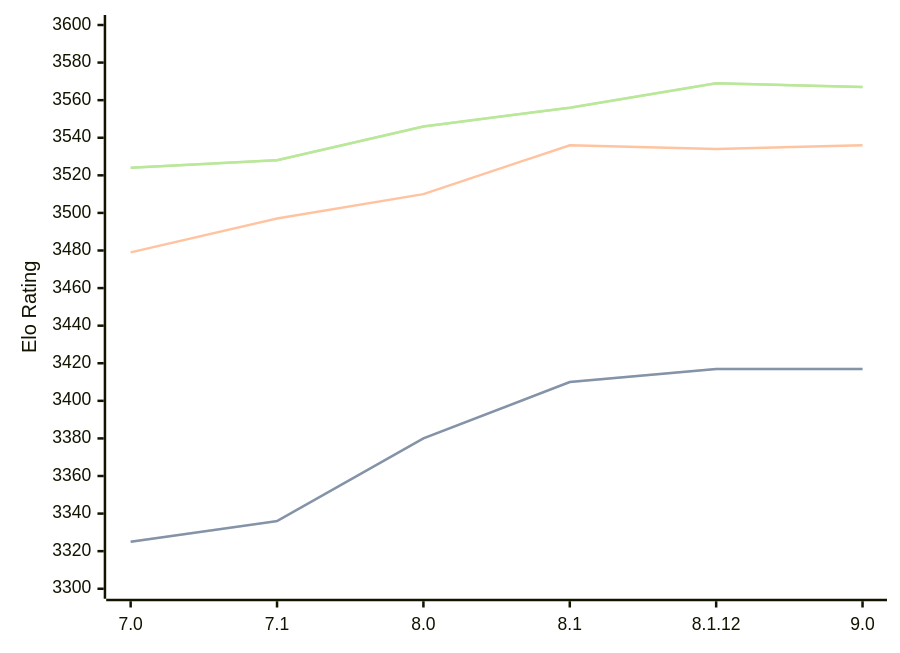
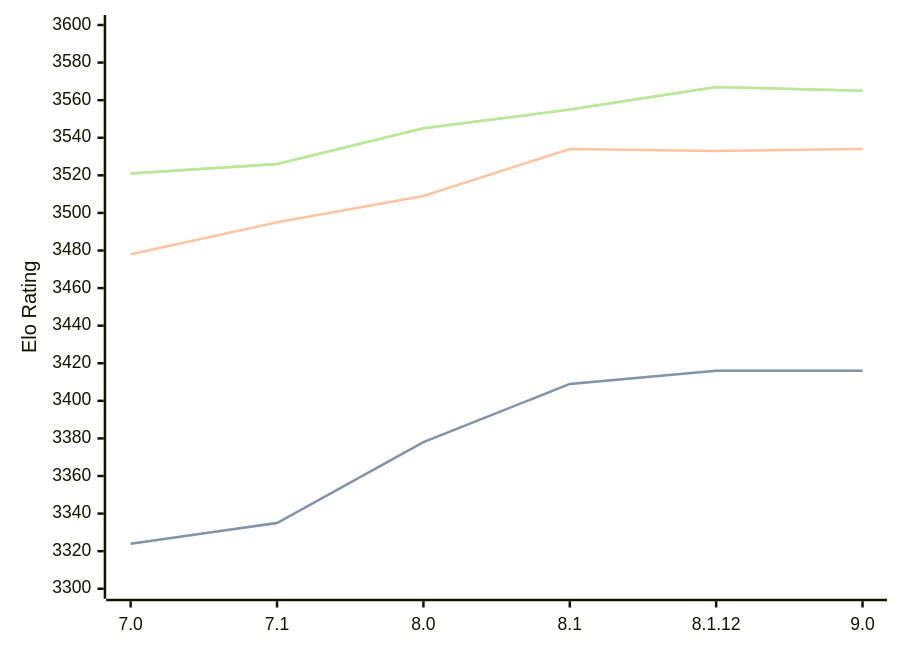
One commit to computer-chess-index/cci changed the diagram in engines/Alexandria.md. Above: the diagram before and after it, drawn with Mermaid. The commit also changed other lines of this file, not shown here.

Commit message:
Update CCI Ratings (ELO VLTC) - 2026-08-12

````diff
--- a/engines/Alexandria.md
+++ b/engines/Alexandria.md
@@ -36,11 +36,11 @@
 ```mermaid
 %%{init: {"theme":"base","themeVariables":{"seriesColors:['#a3a3a3','#222221','#faa371']}}}%%
 xychart-beta
   x-axis ["7.0", "7.1", "8.0", "8.1", "8.1.12", "9.0"]
   y-axis "Elo Rating" 3300 --> 3600
-  line "STC (8.0+0.08s)" [3325, 3336, 3380, 3410, 3417, 3417]
-  line "STC (8.0+0.08s)" [3325, 3336, 3380, 3410, 3417, 3417]
-  line "LTC (60.0+0.60s)" [3479, 3497, 3510, 3536, 3534, 3536]
-  line "VLTC (2m24s+1.12s)" [3524, 3528, 3546, 3556, 3569, 3567]
-  line "VLTC (2m24s+1.12s)" [3524, 3528, 3546, 3556, 3569, 3567]
+  line "STC (8.0+0.08s)" [3324, 3335, 3378, 3409, 3416, 3416]
+  line "STC (8.0+0.08s)" [3324, 3335, 3378, 3409, 3416, 3416]
+  line "LTC (60.0+0.60s)" [3478, 3495, 3509, 3534, 3533, 3534]
+  line "VLTC (2m24s+1.12s)" [3521, 3526, 3545, 3555, 3567, 3565]
+  line "VLTC (2m24s+1.12s)" [3521, 3526, 3545, 3555, 3567, 3565]
 ```
````
